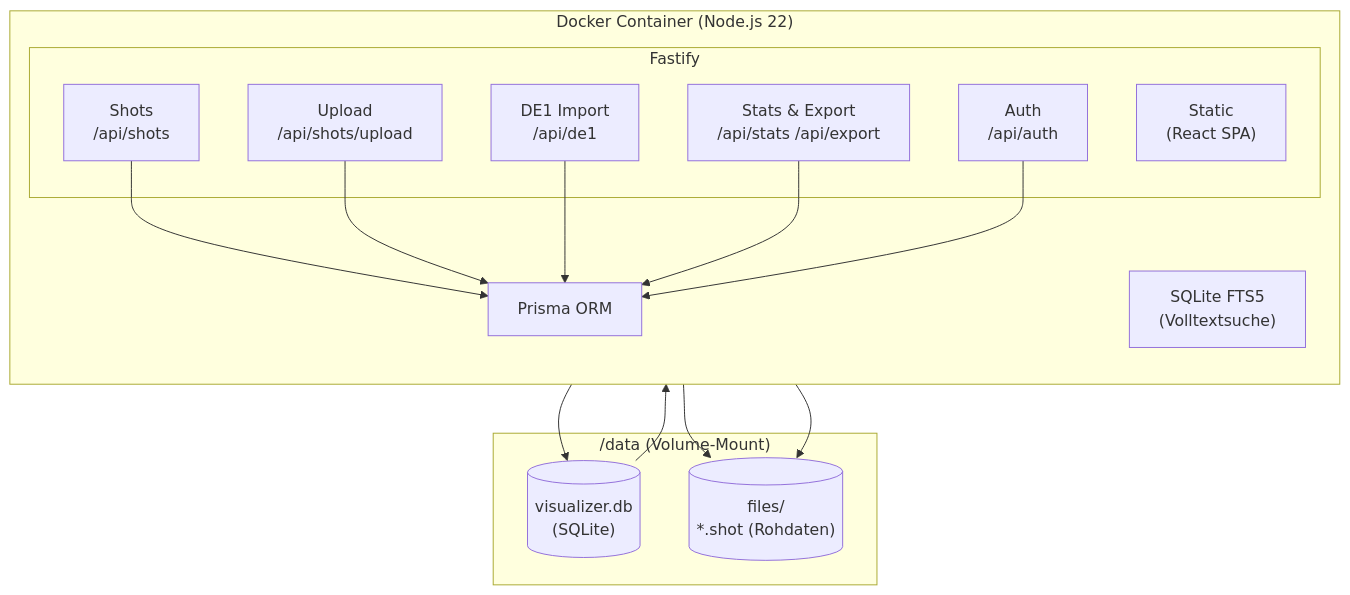
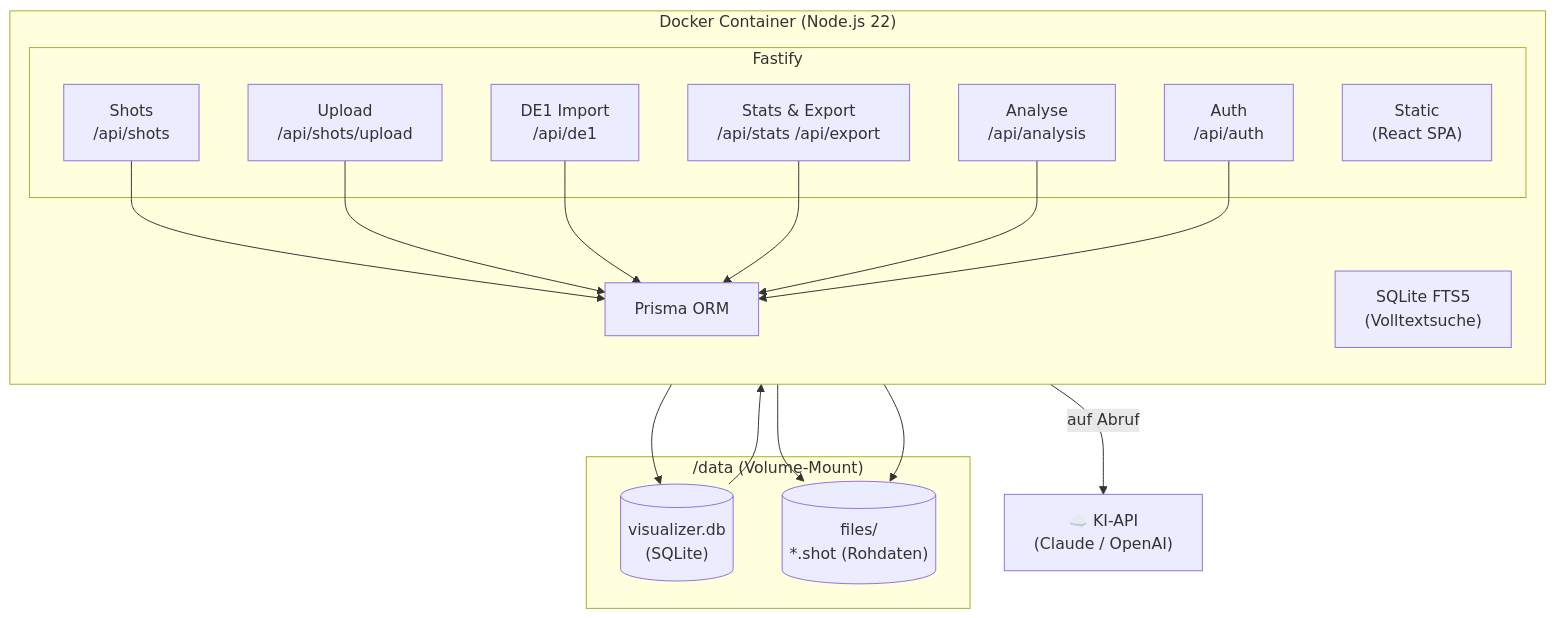
The second of 4 diagrams in README.de.md (TomSchmidtDev/visualizer-lite), drawn with Mermaid before and after one commit. The commit also changed other lines of this file and 1 other file, not shown here.

First line of the commit message:
docs: fix Key Features filter, update Architecture for AI analysis

````diff
--- a/README.de.md
+++ b/README.de.md
@@ -277,27 +279,32 @@
 ```mermaid
 graph TB
     subgraph Container["Docker Container (Node.js 22)"]
         direction TB
         subgraph Fastify["Fastify"]
             Auth["Auth\n/api/auth"]
             ShotAPI["Shots\n/api/shots"]
             Upload["Upload\n/api/shots/upload"]
             DE1API["DE1 Import\n/api/de1"]
             Stats["Stats & Export\n/api/stats /api/export"]
+            Analysis["Analyse\n/api/analysis"]
             Static["Static\n(React SPA)"]
         end
         Prisma["Prisma ORM"]
         FTS["SQLite FTS5\n(Volltextsuche)"]
     end
 
     subgraph Volume["/data (Volume-Mount)"]
         DB[("visualizer.db\n(SQLite)")]
         Files[("files/\n*.shot (Rohdaten)")]
     end
 
+    AI["☁️ KI-API\n(Claude / OpenAI)"]
+
     ShotAPI & Upload & DE1API & Stats --> Prisma
+    Analysis --> Prisma
+    Analysis -- "auf Abruf" --> AI
     Prisma --> DB
     DB --> FTS
     Upload & DE1API --> Files
     Auth --> Prisma
 ```
````
